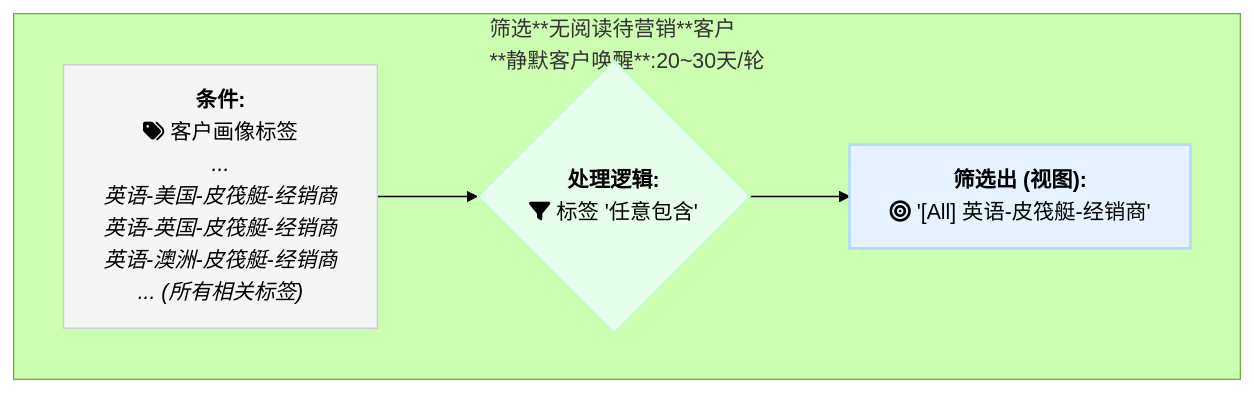
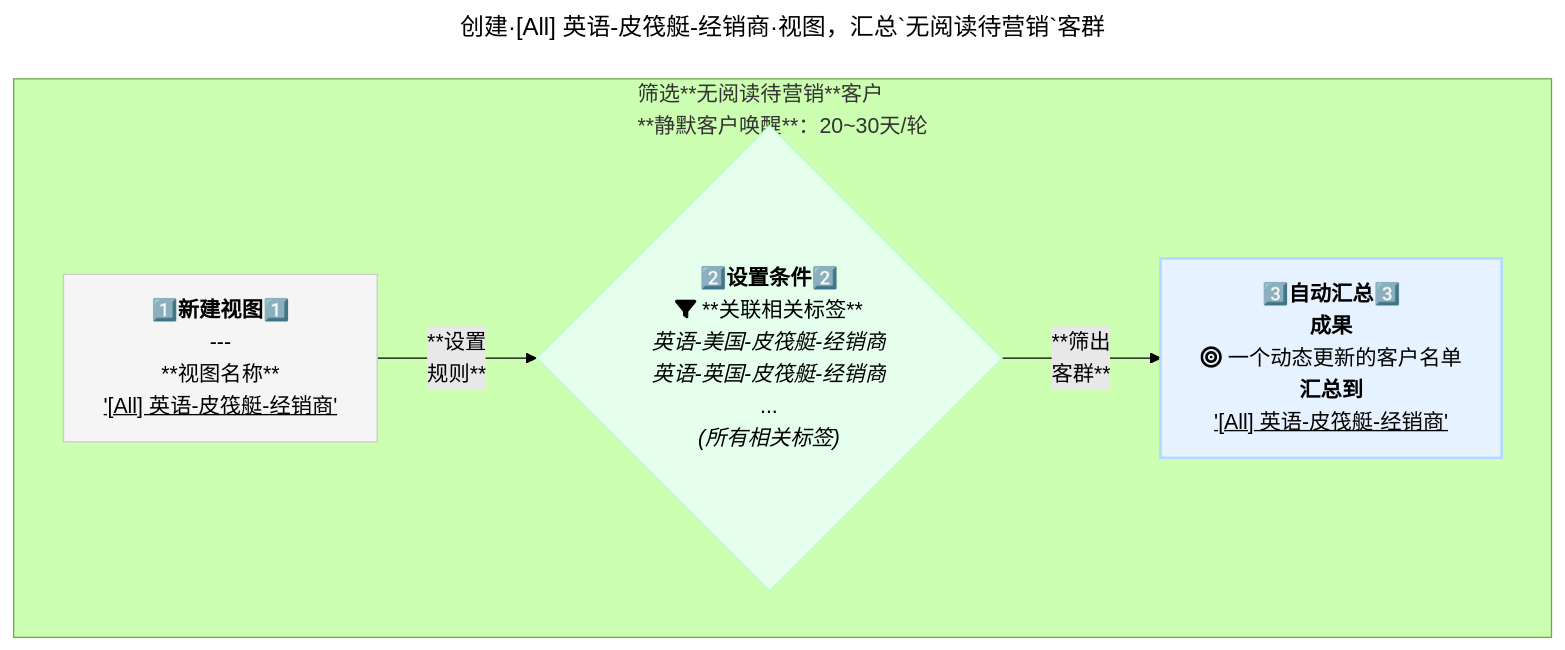
One commit to suxuemi/laifaxin changed the seventh of 12 diagrams in docs/zhinan/customer-management-section.md. Above: the diagram before and after it, drawn with Mermaid (forest theme). The commit also changed other lines of this file and 3 other files, not shown here.

````diff
--- a/docs/zhinan/customer-management-section.md
+++ b/docs/zhinan/customer-management-section.md
@@ -319,13 +321,37 @@
 ```mermaid
+---
+title: 创建·[All] 英语-皮筏艇-经销商·视图，汇总`无阅读待营销`客群
+---
 graph LR
-    subgraph "筛选**无阅读待营销**客户<br>**静默客户唤醒**:20~30天/轮"
-        direction LR  // <-- 关键在于在这里添加方向指令！
+    subgraph "筛选**无阅读待营销**客户<br>**静默客户唤醒**：20~30天/轮"
+        direction LR
 
-        A["<b>条件:</b><br>fa:fa-tags 客户画像标签<br><i>... <br>英语-美国-皮筏艇-经销商</i><br><i>英语-英国-皮筏艇-经销商</i><br><i>英语-澳洲-皮筏艇-经销商</i><br><i>... (所有相关标签)</i>"] --> B{"<b>处理逻辑:</b><br>fa:fa-filter 标签 '任意包含'"};
-        B --> C["<b>筛选出 (视图):</b><br>fa:fa-bullseye '[All] 英语-皮筏艇-经销商'"];
+        A["
+            <b>1️⃣新建视图1️⃣</b>
+            ---
+            **视图名称**
+            <u>'[All] 英语-皮筏艇-经销商'</u>
+        "]
+
+        B{"
+            <b>2️⃣设置条件2️⃣</b>
+            fa:fa-filter **关联相关标签**
+            <i>英语-美国-皮筏艇-经销商</i>
+            <i>英语-英国-皮筏艇-经销商</i>
+            ...
+            <i>(所有相关标签)</i>
+        "}
+
+        C["
+            <b>3️⃣自动汇总3️⃣<br>成果</b>
+            fa:fa-bullseye 一个动态更新的客户名单
+            <b>汇总到<br></b><u>'[All] 英语-皮筏艇-经销商'</u>
+        "]
+
+        A -- "**设置<br>规则**" --> B -- "**筛出<br>客群**" --> C
     end
 
     style A fill:#f5f5f5,stroke:#ccc
     style B fill:#e6ffed,stroke:#b3ffc6
     style C fill:#e6f2ff,stroke:#b3d9ff,stroke-width:2px
 ```
````
